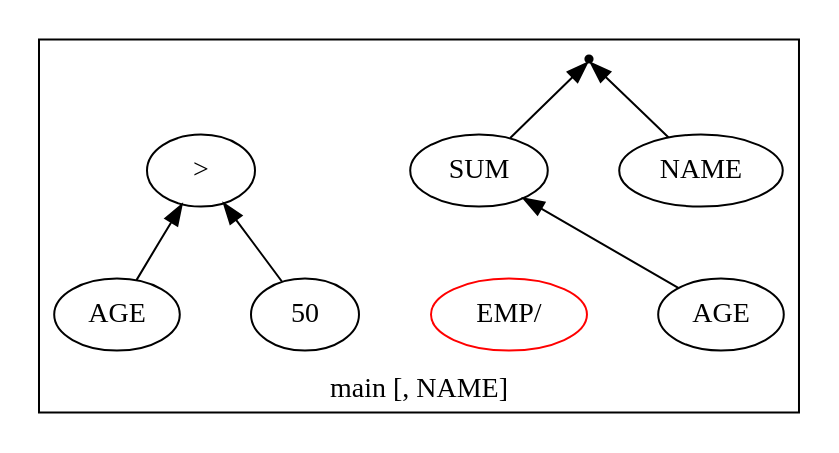
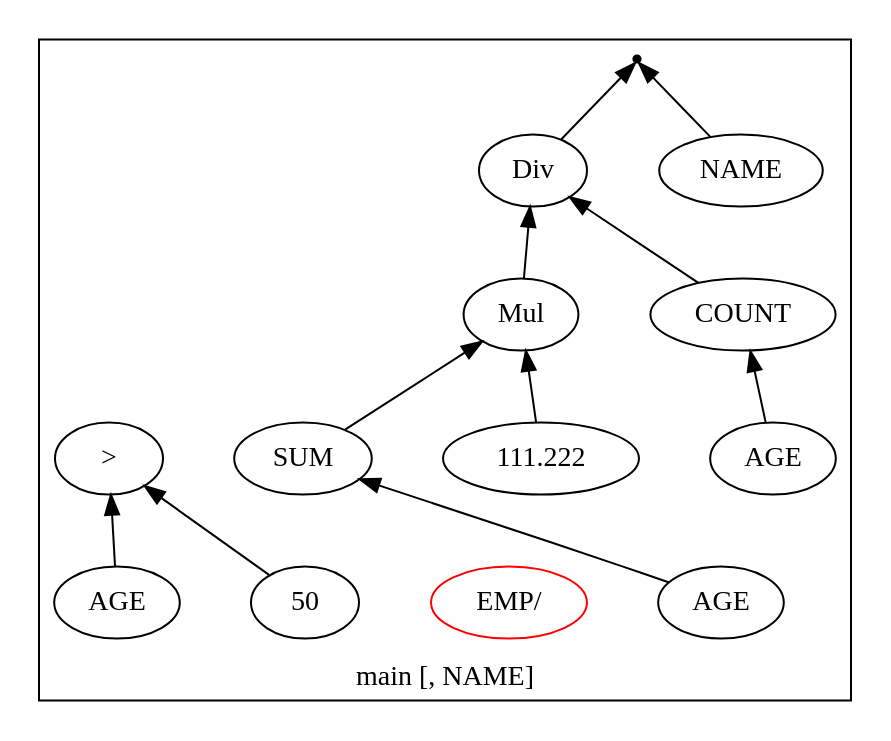
One commit to adarshpannu/kona changed the diagram in qgm.dot. Above: the diagram before and after it, drawn with Graphviz. The commit also changed 11 other files, not shown here.

```diff
--- a/qgm.dot
+++ b/qgm.dot
@@ -1,21 +1,31 @@
 digraph example1 {
     rankdir=BT;
     nodesep=0.5;
     ordering="in";
   subgraph cluster_main {
     label = "main [, NAME]";
     "main_pt"[shape=point, color=black];
+    exprnodeNodeId7v1[label="Div"];
+    exprnodeNodeId4v1 -> exprnodeNodeId7v1;
+    exprnodeNodeId4v1[label="Mul"];
+    exprnodeNodeId2v1 -> exprnodeNodeId4v1;
     exprnodeNodeId2v1[label="SUM"];
     exprnodeNodeId1v1 -> exprnodeNodeId2v1;
     exprnodeNodeId1v1[label="AGE"];
-    exprnodeNodeId2v1 -> "main_pt";
-    exprnodeNodeId3v1[label="NAME"];
-    exprnodeNodeId3v1 -> "main_pt";
+    exprnodeNodeId3v1 -> exprnodeNodeId4v1;
+    exprnodeNodeId3v1[label="111.222"];
+    exprnodeNodeId6v1 -> exprnodeNodeId7v1;
+    exprnodeNodeId6v1[label="COUNT"];
+    exprnodeNodeId5v1 -> exprnodeNodeId6v1;
+    exprnodeNodeId5v1[label="AGE"];
+    exprnodeNodeId7v1 -> "main_pt";
+    exprnodeNodeId8v1[label="NAME"];
+    exprnodeNodeId8v1 -> "main_pt";
     "QUN_0"[label="EMP/ ", color=red]
-    exprnodeNodeId6v1[label=">"];
-    exprnodeNodeId4v1 -> exprnodeNodeId6v1;
-    exprnodeNodeId4v1[label="AGE"];
-    exprnodeNodeId5v1 -> exprnodeNodeId6v1;
-    exprnodeNodeId5v1[label="50"];
+    exprnodeNodeId11v1[label=">"];
+    exprnodeNodeId9v1 -> exprnodeNodeId11v1;
+    exprnodeNodeId9v1[label="AGE"];
+    exprnodeNodeId10v1 -> exprnodeNodeId11v1;
+    exprnodeNodeId10v1[label="50"];
 }
 }
```
